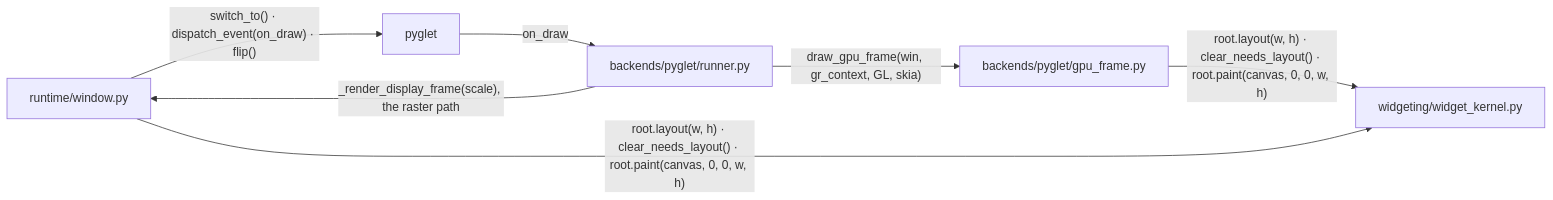
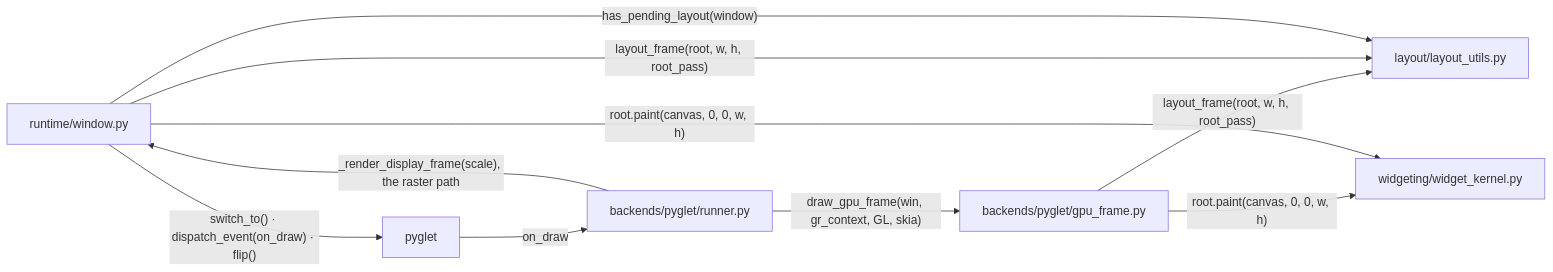
Before and after one commit to yuksblog/nuiitivet: the fifth of 10 diagrams in docs/design/RENDERING_PIPELINE.md, drawn with Mermaid. The commit also changed other lines of this file and 18 other files, not shown here.

First line of the commit message:
fix(layout): stop a late frame from blanking the window

````diff
--- a/docs/design/RENDERING_PIPELINE.md
+++ b/docs/design/RENDERING_PIPELINE.md
@@ -175,14 +177,17 @@
 ```mermaid
 flowchart LR
     window[runtime/window.py]
     runner[backends/pyglet/runner.py]
     gpu[backends/pyglet/gpu_frame.py]
     kernel[widgeting/widget_kernel.py]
+    utils[layout/layout_utils.py]
     pyglet[pyglet]
 
     window -- "switch_to() · dispatch_event(on_draw) · flip()" --> pyglet
     pyglet -- "on_draw" --> runner
     runner -- "draw_gpu_frame(win, gr_context, GL, skia)" --> gpu
     runner -- "_render_display_frame(scale), the raster path" --> window
-    gpu & window -- "root.layout(w, h) · clear_needs_layout() · root.paint(canvas, 0, 0, w, h)" --> kernel
+    gpu & window -- "layout_frame(root, w, h, root_pass)" --> utils
+    gpu & window -- "root.paint(canvas, 0, 0, w, h)" --> kernel
+    window -- "has_pending_layout(window)" --> utils
 ```
````
